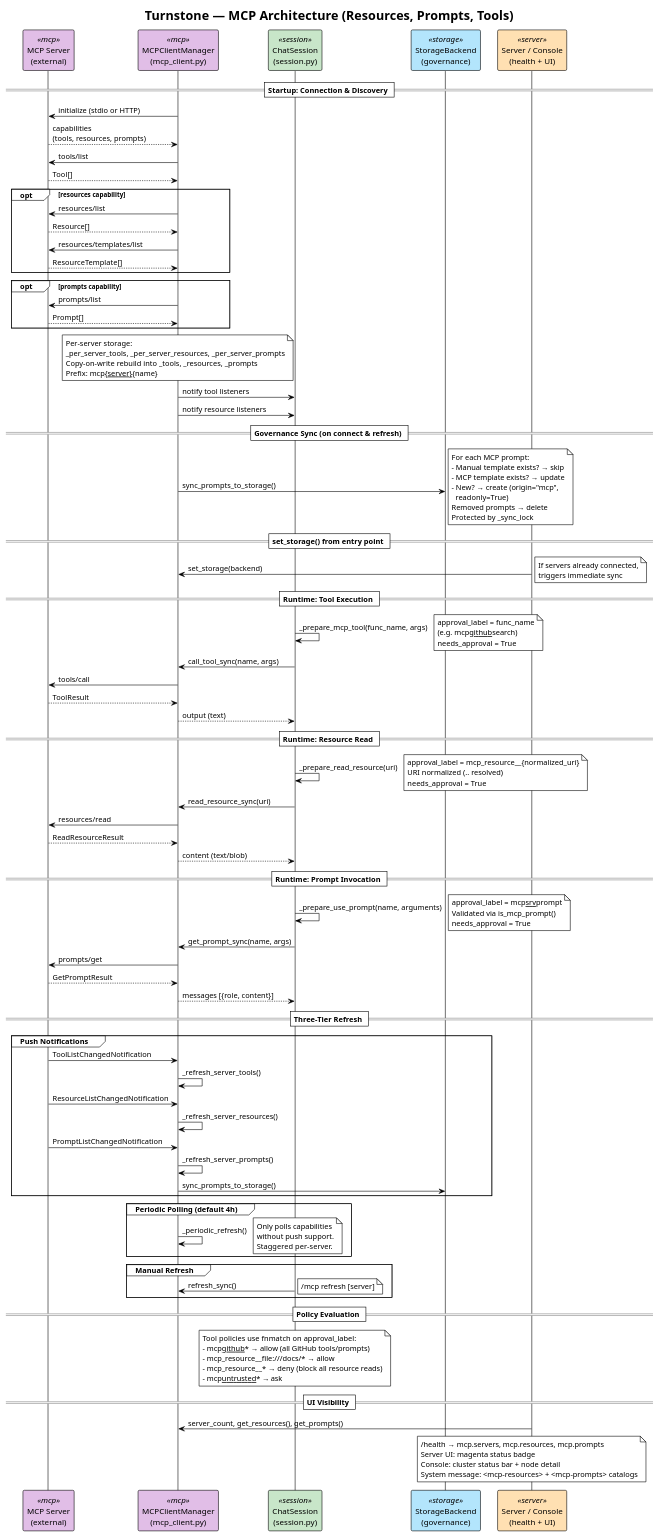
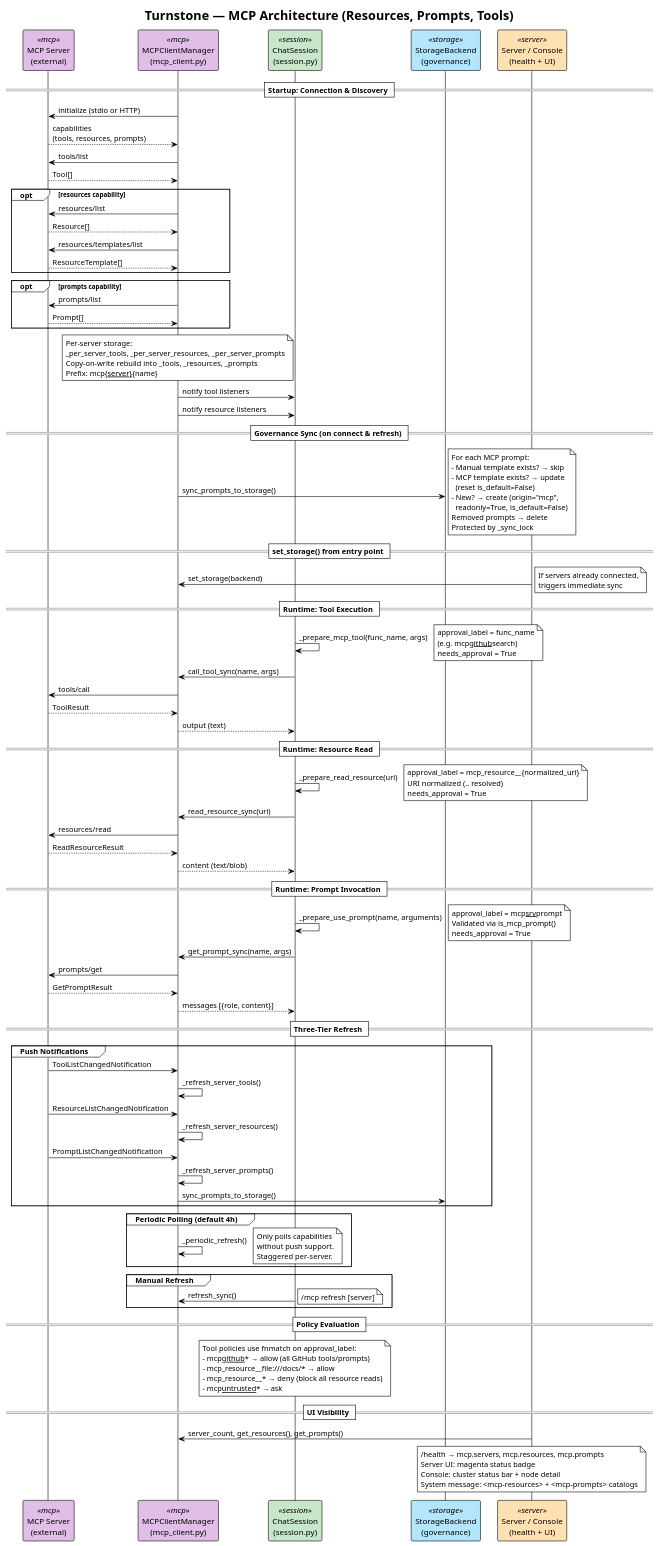
One commit to turnstonelabs/turnstone changed the diagram in docs/diagrams/20-mcp-architecture.puml. Above: the diagram before and after it, drawn with PlantUML. The commit also changed 37 other files, not shown here.

```diff
--- a/docs/diagrams/20-mcp-architecture.puml
+++ b/docs/diagrams/20-mcp-architecture.puml
@@ -1,157 +1,158 @@
 @startuml
 !theme plain
 title Turnstone — MCP Architecture (Resources, Prompts, Tools)
 
 skinparam participant {
     BackgroundColor<<mcp>> #E1BEE7
     BackgroundColor<<session>> #C8E6C9
     BackgroundColor<<storage>> #B3E5FC
     BackgroundColor<<server>> #FFE0B2
     BackgroundColor<<ui>> #E8EAF6
 }
 
 participant "MCP Server\n(external)" as MCPSrv <<mcp>>
 participant "MCPClientManager\n(mcp_client.py)" as MCPMgr <<mcp>>
 participant "ChatSession\n(session.py)" as Session <<session>>
 participant "StorageBackend\n(governance)" as Storage <<storage>>
 participant "Server / Console\n(health + UI)" as UI <<server>>
 
 == Startup: Connection & Discovery ==
 
 MCPMgr -> MCPSrv : initialize (stdio or HTTP)
 MCPSrv --> MCPMgr : capabilities\n(tools, resources, prompts)
 
 MCPMgr -> MCPSrv : tools/list
 MCPSrv --> MCPMgr : Tool[]
 
 opt resources capability
   MCPMgr -> MCPSrv : resources/list
   MCPSrv --> MCPMgr : Resource[]
   MCPMgr -> MCPSrv : resources/templates/list
   MCPSrv --> MCPMgr : ResourceTemplate[]
 end
 
 opt prompts capability
   MCPMgr -> MCPSrv : prompts/list
   MCPSrv --> MCPMgr : Prompt[]
 end
 
 note over MCPMgr
   Per-server storage:
   _per_server_tools, _per_server_resources, _per_server_prompts
   Copy-on-write rebuild into _tools, _resources, _prompts
   Prefix: mcp__{server}__{name}
 end note
 
 MCPMgr -> Session : notify tool listeners
 MCPMgr -> Session : notify resource listeners
 
 == Governance Sync (on connect & refresh) ==
 
 MCPMgr -> Storage : sync_prompts_to_storage()
 note right
   For each MCP prompt:
   - Manual template exists? → skip
   - MCP template exists? → update
+    (reset is_default=False)
   - New? → create (origin="mcp",
-    readonly=True)
+    readonly=True, is_default=False)
   Removed prompts → delete
   Protected by _sync_lock
 end note
 
 == set_storage() from entry point ==
 
 UI -> MCPMgr : set_storage(backend)
 note right
   If servers already connected,
   triggers immediate sync
 end note
 
 == Runtime: Tool Execution ==
 
 Session -> Session : _prepare_mcp_tool(func_name, args)
 note right
   approval_label = func_name
   (e.g. mcp__github__search)
   needs_approval = True
 end note
 Session -> MCPMgr : call_tool_sync(name, args)
 MCPMgr -> MCPSrv : tools/call
 MCPSrv --> MCPMgr : ToolResult
 MCPMgr --> Session : output (text)
 
 == Runtime: Resource Read ==
 
 Session -> Session : _prepare_read_resource(uri)
 note right
   approval_label = mcp_resource__{normalized_uri}
   URI normalized (.. resolved)
   needs_approval = True
 end note
 Session -> MCPMgr : read_resource_sync(uri)
 MCPMgr -> MCPSrv : resources/read
 MCPSrv --> MCPMgr : ReadResourceResult
 MCPMgr --> Session : content (text/blob)
 
 == Runtime: Prompt Invocation ==
 
 Session -> Session : _prepare_use_prompt(name, arguments)
 note right
   approval_label = mcp__srv__prompt
   Validated via is_mcp_prompt()
   needs_approval = True
 end note
 Session -> MCPMgr : get_prompt_sync(name, args)
 MCPMgr -> MCPSrv : prompts/get
 MCPSrv --> MCPMgr : GetPromptResult
 MCPMgr --> Session : messages [{role, content}]
 
 == Three-Tier Refresh ==
 
 group Push Notifications
   MCPSrv -> MCPMgr : ToolListChangedNotification
   MCPMgr -> MCPMgr : _refresh_server_tools()
 
   MCPSrv -> MCPMgr : ResourceListChangedNotification
   MCPMgr -> MCPMgr : _refresh_server_resources()
 
   MCPSrv -> MCPMgr : PromptListChangedNotification
   MCPMgr -> MCPMgr : _refresh_server_prompts()
   MCPMgr -> Storage : sync_prompts_to_storage()
 end
 
 group Periodic Polling (default 4h)
   MCPMgr -> MCPMgr : _periodic_refresh()
   note right
     Only polls capabilities
     without push support.
     Staggered per-server.
   end note
 end
 
 group Manual Refresh
   Session -> MCPMgr : refresh_sync()
   note right: /mcp refresh [server]
 end
 
 == Policy Evaluation ==
 
 note over Session
   Tool policies use fnmatch on approval_label:
   - mcp__github__* → allow (all GitHub tools/prompts)
   - mcp_resource__file:///docs/* → allow
   - mcp_resource__* → deny (block all resource reads)
   - mcp__untrusted__* → ask
 end note
 
 == UI Visibility ==
 
 UI -> MCPMgr : server_count, get_resources(), get_prompts()
 note over UI
   /health → mcp.servers, mcp.resources, mcp.prompts
   Server UI: magenta status badge
   Console: cluster status bar + node detail
   System message: <mcp-resources> + <mcp-prompts> catalogs
 end note
 
 @enduml
```
